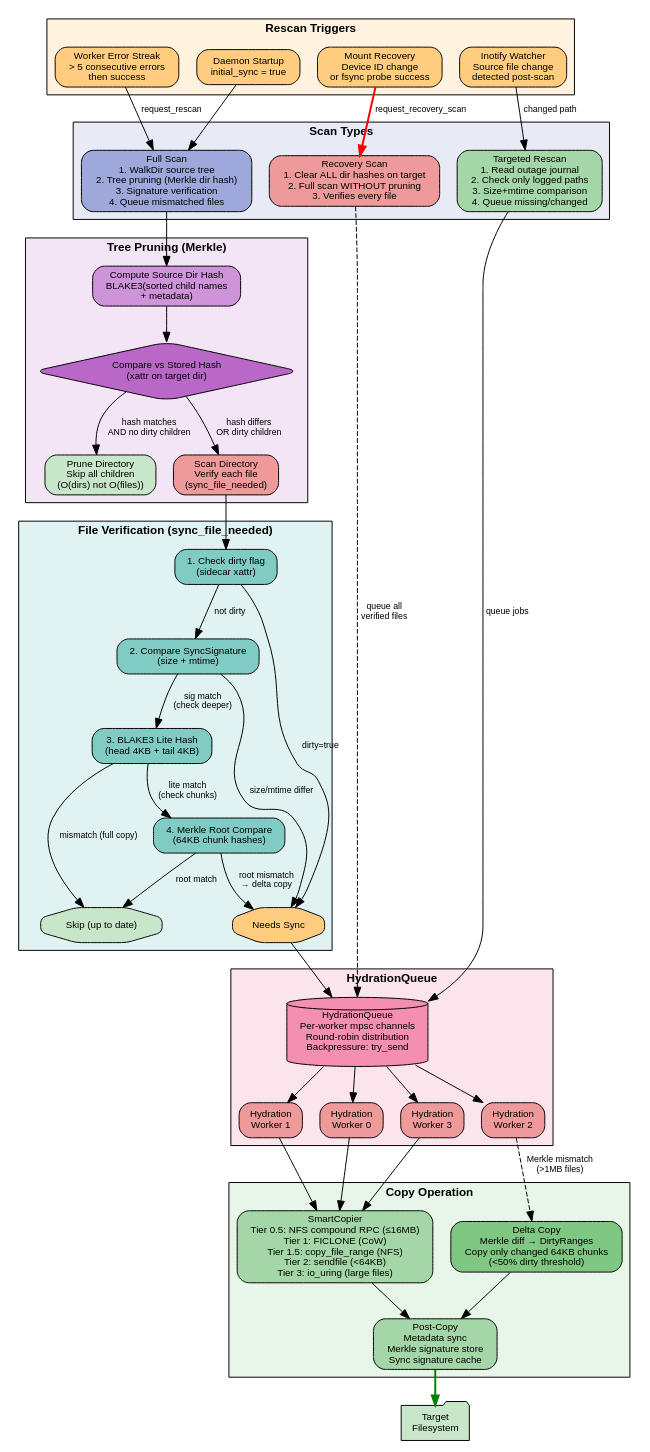
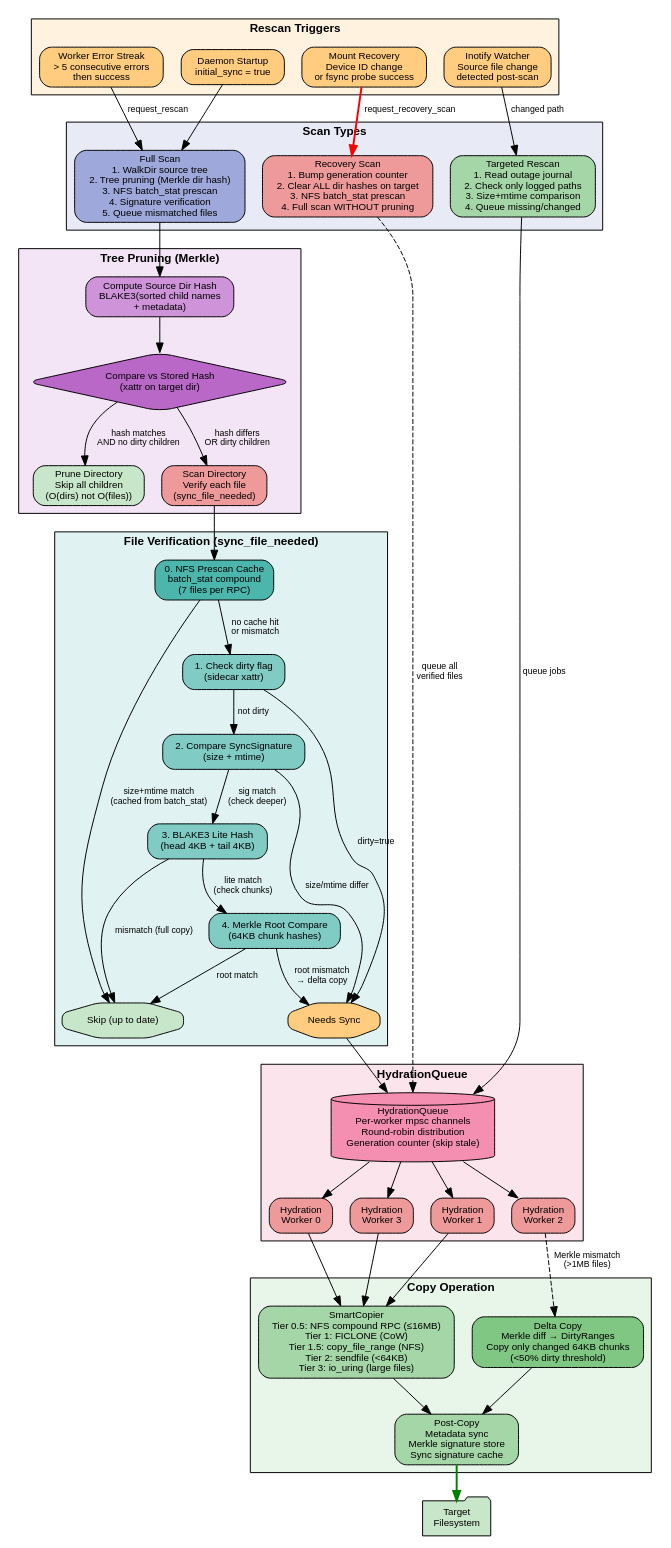
The diagram in docs/diagrams/hydration-pipeline.dot (fluid-notion-labs/foxing), drawn with Graphviz before and after one commit. The commit also changed 14 other files, not shown here.

First line of the commit message:
v0.6.0 docs: benchmarks comparison, diagram updates, remove ADRs

```diff
--- a/docs/diagrams/hydration-pipeline.dot
+++ b/docs/diagrams/hydration-pipeline.dot
@@ -1,122 +1,125 @@
 // foxingd Hydration & Recovery Pipeline
 // Generate: dot -Tsvg hydration-pipeline.dot -o hydration-pipeline.svg
 digraph hydration {
     rankdir=TB;
     compound=true;
     fontname="Helvetica";
     node [fontname="Helvetica", fontsize=10, shape=box, style="rounded,filled", fillcolor="#e8f4fd"];
     edge [fontname="Helvetica", fontsize=9];
 
     // Trigger sources
     subgraph cluster_triggers {
         label="Rescan Triggers";
         style="filled"; fillcolor="#fff3e0";
         fontsize=12; fontname="Helvetica-Bold";
 
         startup [label="Daemon Startup\ninitial_sync = true", fillcolor="#ffcc80"];
         mount_recovery [label="Mount Recovery\nDevice ID change\nor fsync probe success", fillcolor="#ffcc80"];
         error_streak [label="Worker Error Streak\n> 5 consecutive errors\nthen success", fillcolor="#ffcc80"];
         inotify [label="Inotify Watcher\nSource file change\ndetected post-scan", fillcolor="#ffcc80"];
     }
 
     // Scan types
     subgraph cluster_scans {
         label="Scan Types";
         style="filled"; fillcolor="#e8eaf6";
         fontsize=12; fontname="Helvetica-Bold";
 
-        full_scan [label="Full Scan\n1. WalkDir source tree\n2. Tree pruning (Merkle dir hash)\n3. Signature verification\n4. Queue mismatched files", fillcolor="#9fa8da"];
-        recovery [label="Recovery Scan\n1. Clear ALL dir hashes on target\n2. Full scan WITHOUT pruning\n3. Verifies every file", fillcolor="#ef9a9a"];
+        full_scan [label="Full Scan\n1. WalkDir source tree\n2. Tree pruning (Merkle dir hash)\n3. NFS batch_stat prescan\n4. Signature verification\n5. Queue mismatched files", fillcolor="#9fa8da"];
+        recovery [label="Recovery Scan\n1. Bump generation counter\n2. Clear ALL dir hashes on target\n3. NFS batch_stat prescan\n4. Full scan WITHOUT pruning", fillcolor="#ef9a9a"];
         targeted [label="Targeted Rescan\n1. Read outage journal\n2. Check only logged paths\n3. Size+mtime comparison\n4. Queue missing/changed", fillcolor="#a5d6a7"];
     }
 
     startup -> full_scan;
     mount_recovery -> recovery [label="request_recovery_scan", color=red, penwidth=2];
     error_streak -> full_scan [label="request_rescan"];
     inotify -> targeted [label="changed path"];
 
     // Tree pruning detail
     subgraph cluster_pruning {
         label="Tree Pruning (Merkle)";
         style="filled"; fillcolor="#f3e5f5";
         fontsize=12; fontname="Helvetica-Bold";
 
         compute_hash [label="Compute Source Dir Hash\nBLAKE3(sorted child names\n+ metadata)", fillcolor="#ce93d8"];
         compare_hash [label="Compare vs Stored Hash\n(xattr on target dir)", shape=diamond, fillcolor="#ba68c8"];
         prune [label="Prune Directory\nSkip all children\n(O(dirs) not O(files))", fillcolor="#c8e6c9"];
         scan_dir [label="Scan Directory\nVerify each file\n(sync_file_needed)", fillcolor="#ef9a9a"];
     }
 
     full_scan -> compute_hash;
     compute_hash -> compare_hash;
     compare_hash -> prune [label="hash matches\nAND no dirty children"];
     compare_hash -> scan_dir [label="hash differs\nOR dirty children"];
 
     // File verification
     subgraph cluster_verify {
         label="File Verification (sync_file_needed)";
         style="filled"; fillcolor="#e0f2f1";
         fontsize=12; fontname="Helvetica-Bold";
 
+        nfs_prescan [label="0. NFS Prescan Cache\nbatch_stat compound\n(7 files per RPC)", fillcolor="#4db6ac"];
         check_dirty [label="1. Check dirty flag\n(sidecar xattr)", fillcolor="#80cbc4"];
         check_sig [label="2. Compare SyncSignature\n(size + mtime)", fillcolor="#80cbc4"];
         lite_hash [label="3. BLAKE3 Lite Hash\n(head 4KB + tail 4KB)", fillcolor="#80cbc4"];
         merkle_verify [label="4. Merkle Root Compare\n(64KB chunk hashes)", fillcolor="#80cbc4"];
         needs_sync [label="Needs Sync", shape=octagon, fillcolor="#ffcc80"];
         skip [label="Skip (up to date)", shape=octagon, fillcolor="#c8e6c9"];
     }
 
-    scan_dir -> check_dirty;
+    scan_dir -> nfs_prescan;
+    nfs_prescan -> skip [label="size+mtime match\n(cached from batch_stat)"];
+    nfs_prescan -> check_dirty [label="no cache hit\nor mismatch"];
     check_dirty -> needs_sync [label="dirty=true"];
     check_dirty -> check_sig [label="not dirty"];
     check_sig -> needs_sync [label="size/mtime differ"];
     check_sig -> lite_hash [label="sig match\n(check deeper)"];
     lite_hash -> skip [label="mismatch (full copy)"];
     lite_hash -> merkle_verify [label="lite match\n(check chunks)"];
     merkle_verify -> needs_sync [label="root mismatch\n→ delta copy"];
     merkle_verify -> skip [label="root match"];
 
     // Hydration queue
     subgraph cluster_queue {
         label="HydrationQueue";
         style="filled"; fillcolor="#fce4ec";
         fontsize=12; fontname="Helvetica-Bold";
 
-        queue [label="HydrationQueue\nPer-worker mpsc channels\nRound-robin distribution\nBackpressure: try_send", shape=cylinder, fillcolor="#f48fb1"];
+        queue [label="HydrationQueue\nPer-worker mpsc channels\nRound-robin distribution\nGeneration counter (skip stale)", shape=cylinder, fillcolor="#f48fb1"];
         hw0 [label="Hydration\nWorker 0", fillcolor="#ef9a9a"];
         hw1 [label="Hydration\nWorker 1", fillcolor="#ef9a9a"];
         hw2 [label="Hydration\nWorker 2", fillcolor="#ef9a9a"];
         hw3 [label="Hydration\nWorker 3", fillcolor="#ef9a9a"];
     }
 
     needs_sync -> queue;
     targeted -> queue [label="queue jobs"];
     recovery -> queue [label="queue all\nverified files", style=dashed];
 
     queue -> hw0;
     queue -> hw1;
     queue -> hw2;
     queue -> hw3;
 
     // Copy operation
     subgraph cluster_copy {
         label="Copy Operation";
         style="filled"; fillcolor="#e8f5e9";
         fontsize=12; fontname="Helvetica-Bold";
 
         smart_copy [label="SmartCopier\nTier 0.5: NFS compound RPC (≤16MB)\nTier 1: FICLONE (CoW)\nTier 1.5: copy_file_range (NFS)\nTier 2: sendfile (<64KB)\nTier 3: io_uring (large files)", fillcolor="#a5d6a7"];
         delta_copy [label="Delta Copy\nMerkle diff → DirtyRanges\nCopy only changed 64KB chunks\n(<50% dirty threshold)", fillcolor="#81c784"];
         postcopy [label="Post-Copy\nMetadata sync\nMerkle signature store\nSync signature cache", fillcolor="#a5d6a7"];
     }
 
     hw0 -> smart_copy;
     hw1 -> smart_copy;
     hw2 -> delta_copy [label="Merkle mismatch\n(>1MB files)", style=dashed];
     hw3 -> smart_copy;
 
     target [label="Target\nFilesystem", shape=folder, fillcolor="#c8e6c9"];
 
     smart_copy -> postcopy;
     delta_copy -> postcopy;
     postcopy -> target [color=green, penwidth=2];
 }
```
